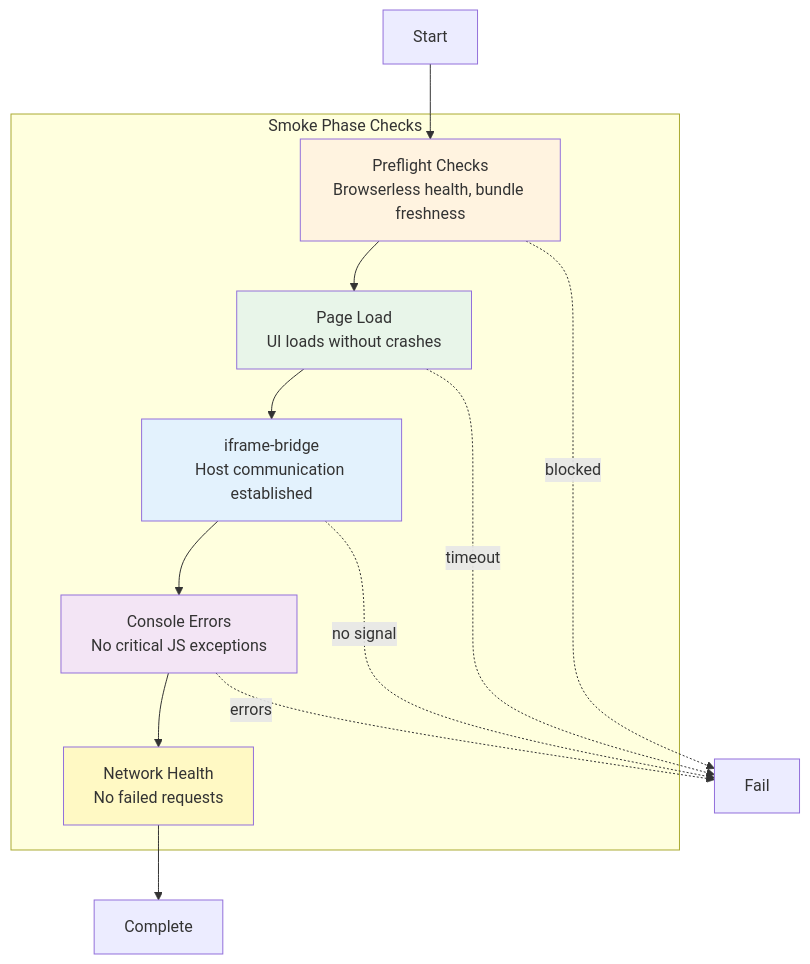
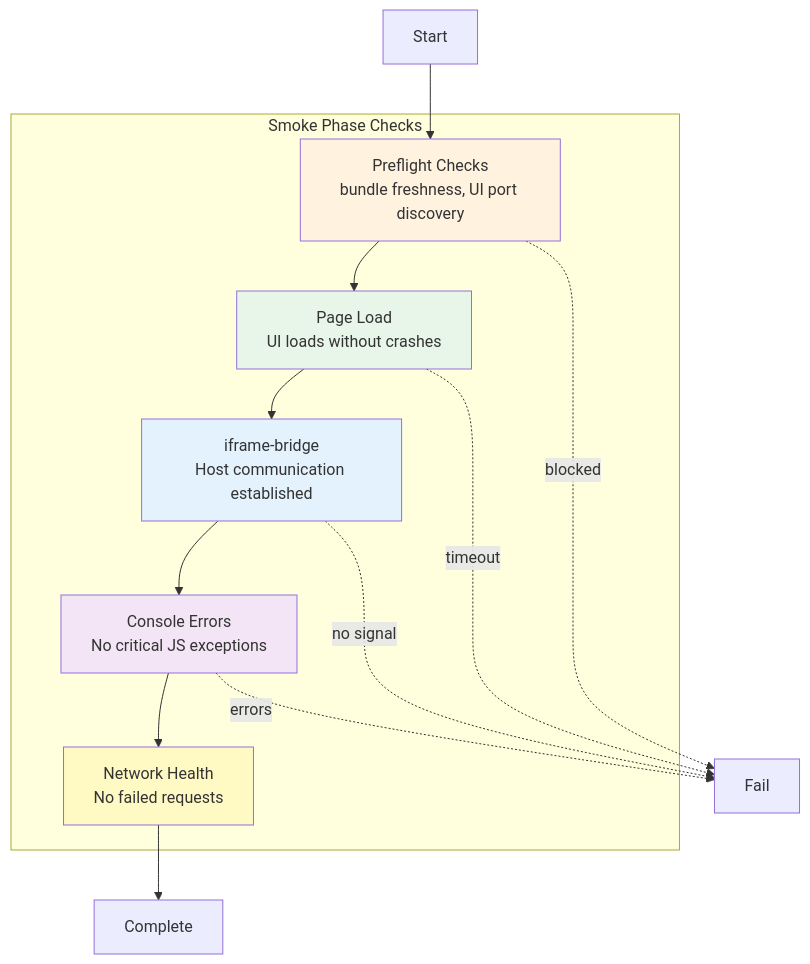
One commit to Vrooli/Vrooli changed the diagram in scenarios/test-genie/docs/phases/smoke/README.md. Above: the diagram before and after it, drawn with Mermaid. The commit also changed other lines of this file and 131 other files, not shown here.

````diff
--- a/scenarios/test-genie/docs/phases/smoke/README.md
+++ b/scenarios/test-genie/docs/phases/smoke/README.md
@@ -12,28 +14,28 @@
 ```mermaid
 graph TB
     subgraph "Smoke Phase Checks"
-        PRE[Preflight Checks<br/>Browserless health, bundle freshness]
+        PRE[Preflight Checks<br/>bundle freshness, UI port discovery]
         LOAD[Page Load<br/>UI loads without crashes]
         BRIDGE[iframe-bridge<br/>Host communication established]
         CONSOLE[Console Errors<br/>No critical JS exceptions]
         NETWORK[Network Health<br/>No failed requests]
     end
 
     START[Start] --> PRE
     PRE --> LOAD
     LOAD --> BRIDGE
     BRIDGE --> CONSOLE
     CONSOLE --> NETWORK
     NETWORK --> DONE[Complete]
 
     PRE -.->|blocked| FAIL[Fail]
     LOAD -.->|timeout| FAIL
     BRIDGE -.->|no signal| FAIL
     CONSOLE -.->|errors| FAIL
 
     style PRE fill:#fff3e0
     style LOAD fill:#e8f5e9
     style BRIDGE fill:#e3f2fd
     style CONSOLE fill:#f3e5f5
     style NETWORK fill:#fff9c4
 ```
````
